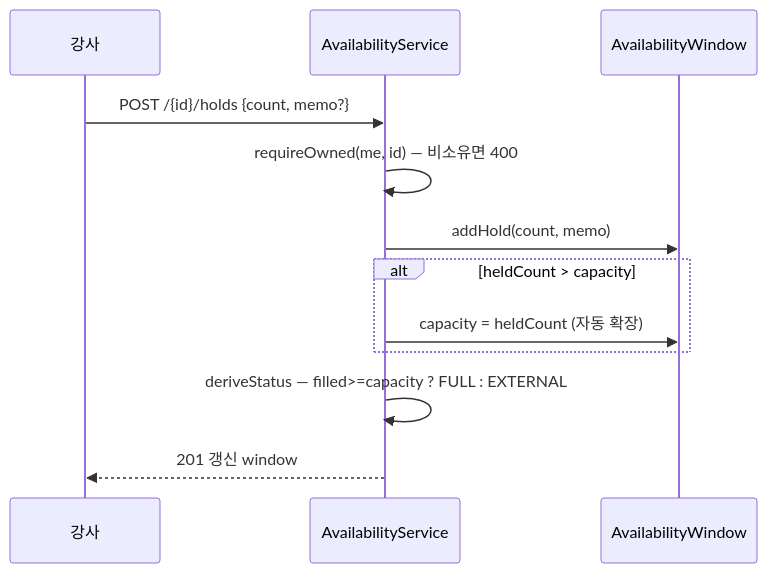
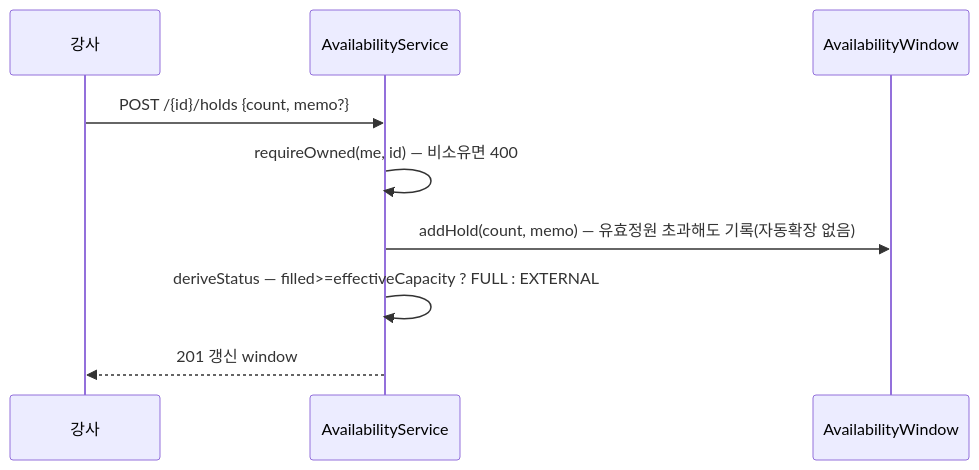
The third of 5 diagrams in docs/architecture/availability.md (pungdong/Pungdong-Backend), drawn with Mermaid before and after one commit. The commit also changed other lines of this file and 17 other files, not shown here.

````diff
--- a/docs/architecture/availability.md
+++ b/docs/architecture/availability.md
@@ -60,15 +63,12 @@
 ```mermaid
 sequenceDiagram
   participant I as 강사
   participant S as AvailabilityService
   participant W as AvailabilityWindow
 
   I->>S: POST /{id}/holds {count, memo?}
   S->>S: requireOwned(me, id) — 비소유면 400
-  S->>W: addHold(count, memo)
-  alt heldCount > capacity
-    S->>W: capacity = heldCount (자동 확장)
-  end
-  S->>S: deriveStatus — filled>=capacity ? FULL : EXTERNAL
+  S->>W: addHold(count, memo) — 유효정원 초과해도 기록(자동확장 없음)
+  S->>S: deriveStatus — filled>=effectiveCapacity ? FULL : EXTERNAL
   S-->>I: 201 갱신 window
 ```
````
